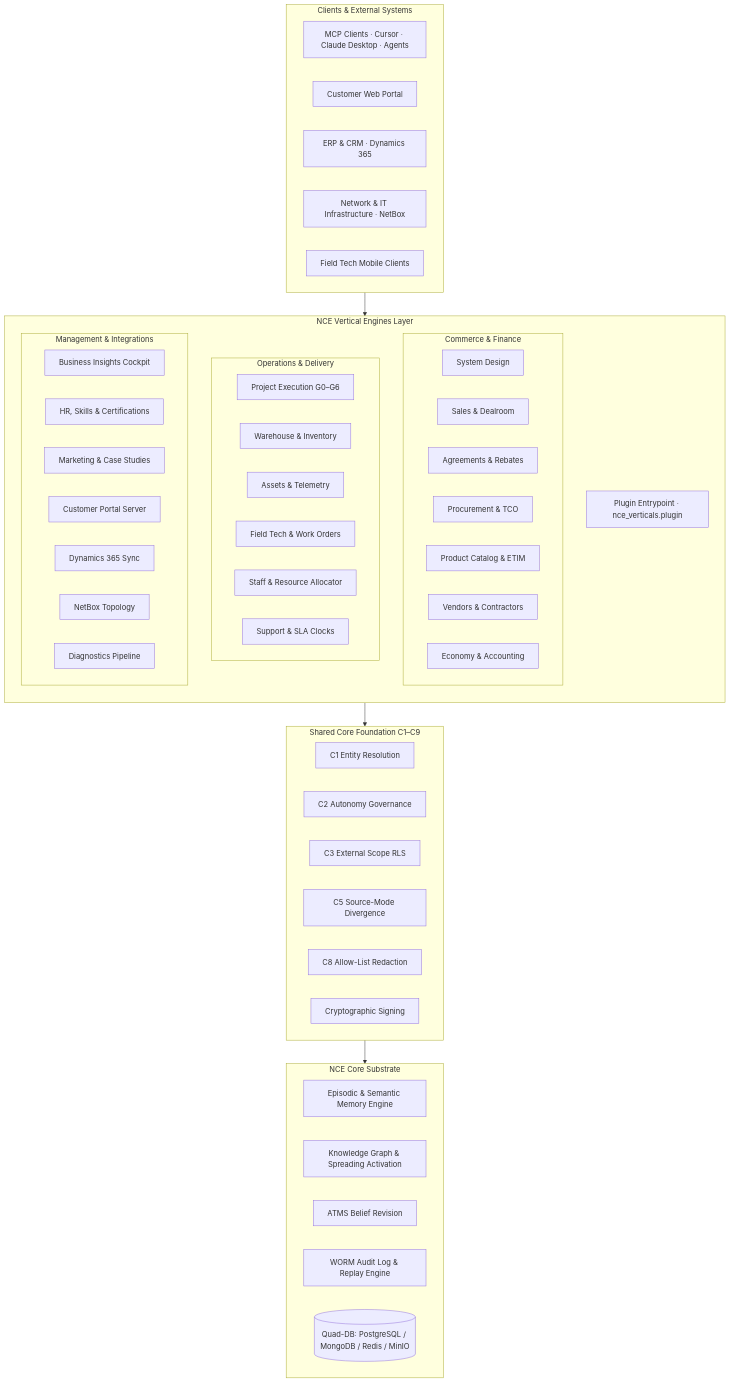
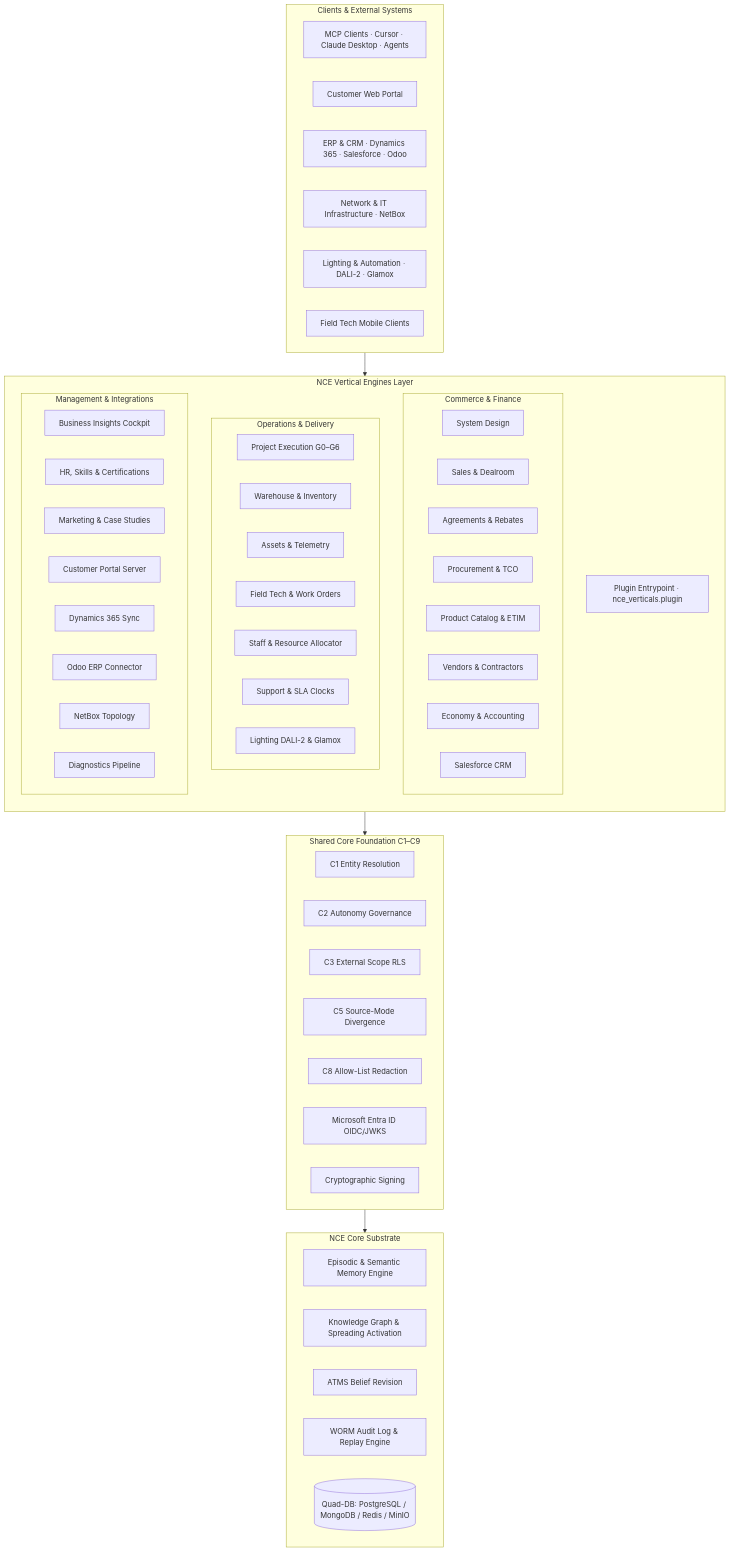
The diagram in README.md (sindrehaugen/nce-vertical-engines), drawn with Mermaid before and after one commit. The commit also changed other lines of this file and 69 other files, not shown here.

````diff
--- a/README.md
+++ b/README.md
@@ -34,65 +39,70 @@
 ```mermaid
 flowchart TB
   subgraph External [Clients & External Systems]
     MCP[MCP Clients · Cursor · Claude Desktop · Agents]
     WEB[Customer Web Portal]
-    ERP[ERP & CRM · Dynamics 365]
+    ERP[ERP & CRM · Dynamics 365 · Salesforce · Odoo]
     NET[Network & IT Infrastructure · NetBox]
+    LIGHT[Lighting & Automation · DALI-2 · Glamox]
     FIELD[Field Tech Mobile Clients]
   end
 
   subgraph Verticals [NCE Vertical Engines Layer]
     direction TB
     PLUGIN[Plugin Entrypoint · nce_verticals.plugin]
     
     subgraph Commercial [Commerce & Finance]
       SD[System Design]
       SALES[Sales & Dealroom]
       AGR[Agreements & Rebates]
       PROC[Procurement & TCO]
       PROD[Product Catalog & ETIM]
       VEND[Vendors & Contractors]
       ECON[Economy & Accounting]
+      SF[Salesforce CRM]
     end
 
     subgraph Operations [Operations & Delivery]
       PROJ[Project Execution G0–G6]
       INV[Warehouse & Inventory]
       ASSET[Assets & Telemetry]
       FT[Field Tech & Work Orders]
       RES[Staff & Resource Allocator]
       SUPP[Support & SLA Clocks]
+      DALI[Lighting DALI-2 & Glamox]
     end
 
     subgraph Strategic [Management & Integrations]
       BI[Business Insights Cockpit]
       HR[HR, Skills & Certifications]
       MKT[Marketing & Case Studies]
       PORTAL[Customer Portal Server]
       D365[Dynamics 365 Sync]
+      ODOO[Odoo ERP Connector]
       NBOX[NetBox Topology]
       DIAG[Diagnostics Pipeline]
     end
   end
 
   subgraph SharedFoundation [Shared Core Foundation C1–C9]
     C1[C1 Entity Resolution]
     C2[C2 Autonomy Governance]
     C3[C3 External Scope RLS]
     C5[C5 Source-Mode Divergence]
     C8[C8 Allow-List Redaction]
+    ENTRA[Microsoft Entra ID OIDC/JWKS]
     SIGN[Cryptographic Signing]
   end
 
   subgraph CoreSubstrate [NCE Core Substrate]
     MEM[Episodic & Semantic Memory Engine]
     KG[Knowledge Graph & Spreading Activation]
     ATMS[ATMS Belief Revision]
     WORM[WORM Audit Log & Replay Engine]
     QUAD[(Quad-DB: PostgreSQL / MongoDB / Redis / MinIO)]
   end
 
   External --> Verticals
   Verticals --> SharedFoundation
   SharedFoundation --> CoreSubstrate
 ```
````
